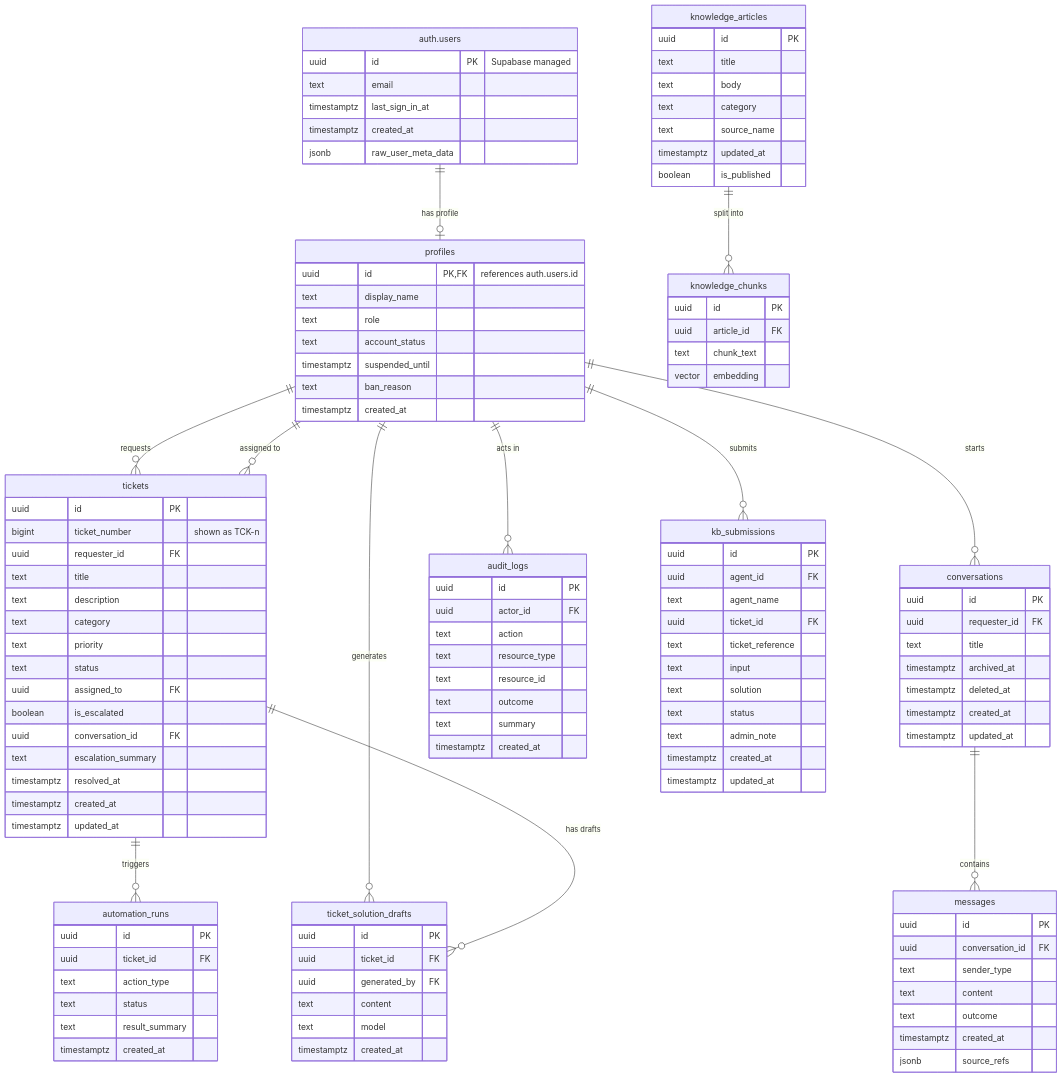
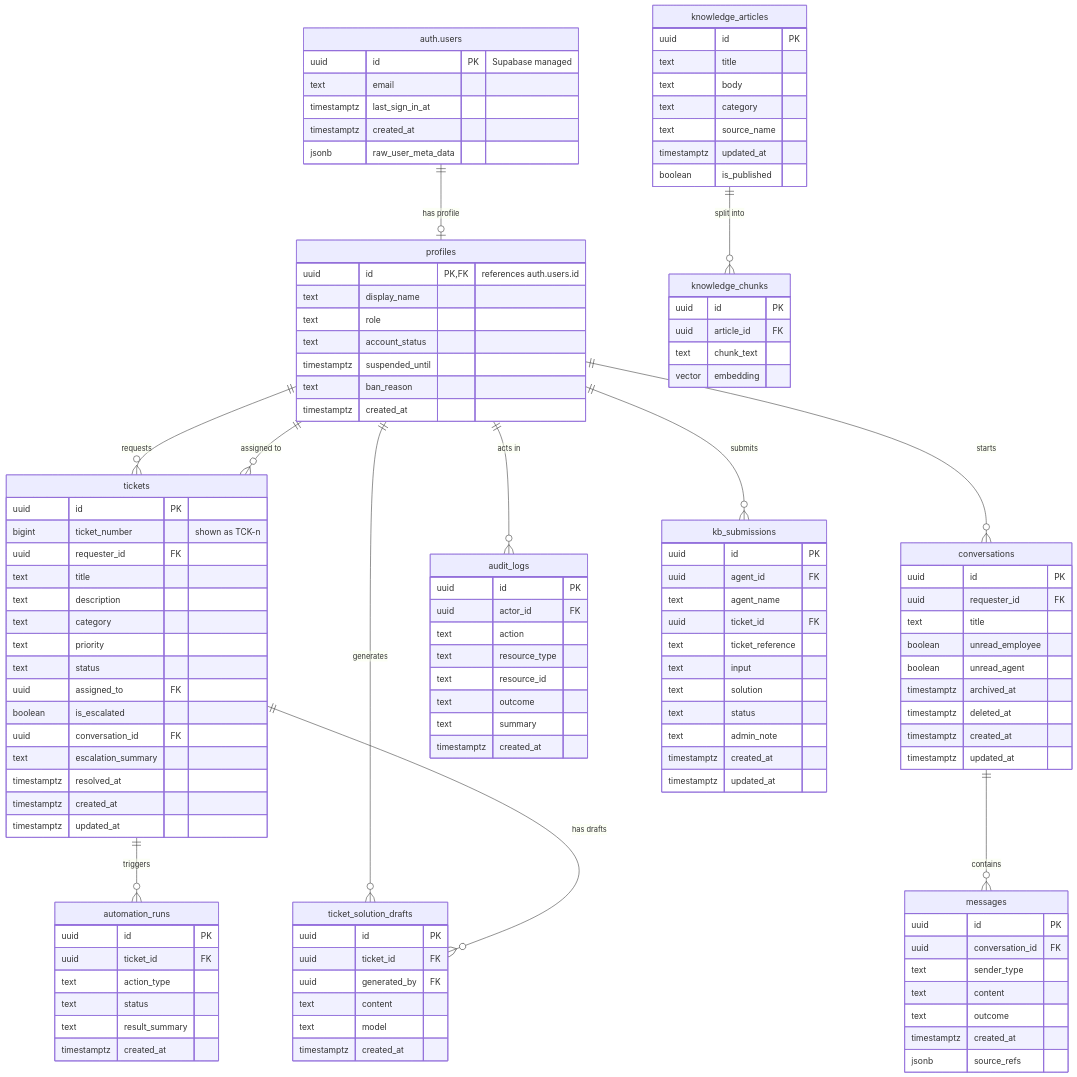
Before and after one commit to dlsud-submissions/elective-helpdesk-automation-system: the diagram in docs/deliverables/required/07-database-design.md, drawn with Mermaid. The commit also changed other lines of this file and 47 other files, not shown here.

```diff
--- a/docs/deliverables/required/07-database-design.md
+++ b/docs/deliverables/required/07-database-design.md
@@ -77,6 +77,8 @@
         uuid id PK
         uuid requester_id FK
         text title
+        boolean unread_employee
+        boolean unread_agent
         timestamptz archived_at
         timestamptz deleted_at
         timestamptz created_at
```
